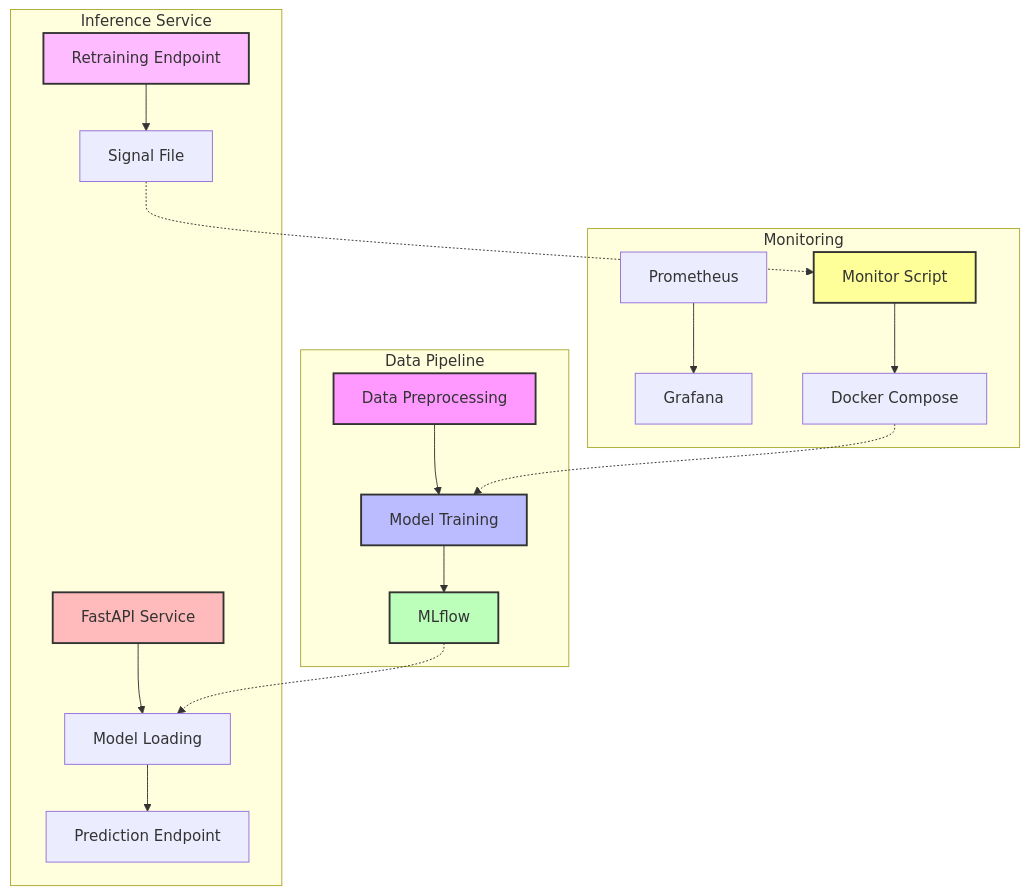
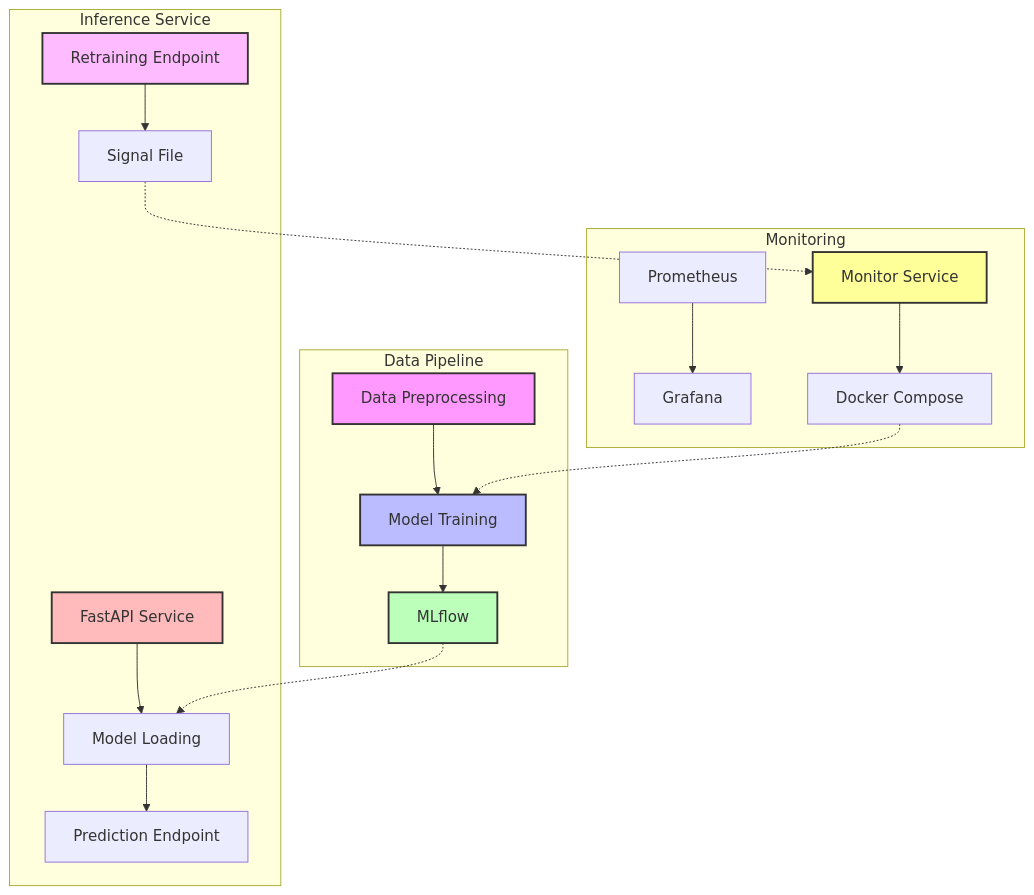
The first of 2 diagrams in README.md (ssime-git/zenml_mlops_template), drawn with Mermaid before and after one commit. The commit also changed other lines of this file, not shown here.

````diff
--- a/README.md
+++ b/README.md
@@ -7,29 +7,29 @@
 ```mermaid
 graph TD
     subgraph "Data Pipeline"
         A[Data Preprocessing] --> B[Model Training]
         B --> C[MLflow]
     end
     
     subgraph "Inference Service"
         D[FastAPI Service] --> E[Model Loading]
         E --> F[Prediction Endpoint]
         G[Retraining Endpoint] --> H[Signal File]
     end
     
     subgraph "Monitoring"
         I[Prometheus] --> J[Grafana]
-        K[Monitor Script] --> L[Docker Compose]
+        K[Monitor Service] --> L[Docker Compose]
     end
     
     C -.-> E
     H -.-> K
     L -.-> B
     
     style A fill:#f9f,stroke:#333,stroke-width:2px
     style B fill:#bbf,stroke:#333,stroke-width:2px
     style C fill:#bfb,stroke:#333,stroke-width:2px
     style D fill:#fbb,stroke:#333,stroke-width:2px
     style G fill:#fbf,stroke:#333,stroke-width:2px
     style K fill:#ff9,stroke:#333,stroke-width:2px
 ```
````
